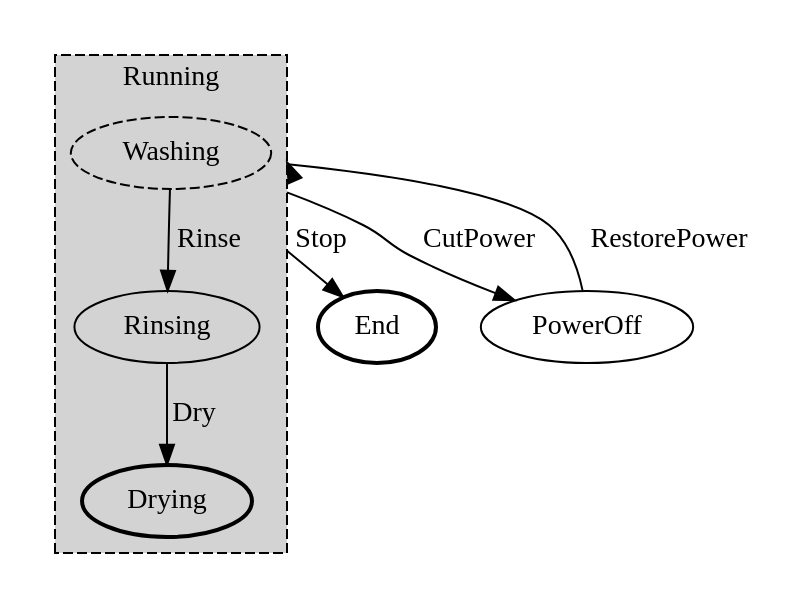
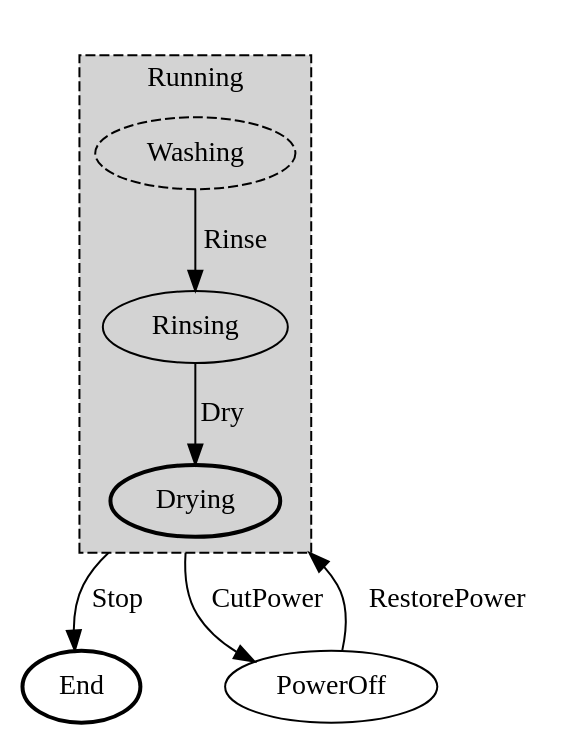
The diagram in net.tangly.fsm/src/site/pics/fsm-washer.dot (tangly-team/tangly-os), drawn with Graphviz before and after one commit. The commit also changed 3 other files, not shown here.

```diff
--- a/net.tangly.fsm/src/site/pics/fsm-washer.dot
+++ b/net.tangly.fsm/src/site/pics/fsm-washer.dot
@@ -1,21 +1,21 @@
 digraph G {
   compound=true;
 
   subgraph cluster1001 {
     style=invis;
     subgraph cluster1 {
       style="visible, dashed, filled";
       label = "Running"
       Washing [style="dashed"];
       Rinsing [];
       Drying [style="bold"];
     }
   }
   End [style="bold"];
   PowerOff [];
-  Washing -> End [ltail=cluster1, label="Stop"];
-  Washing -> PowerOff [ltail=cluster1, label="CutPower"];
+  Drying -> End [ltail=cluster1, label="Stop"];
+  Drying -> PowerOff [ltail=cluster1, label="CutPower"];
   Washing -> Rinsing [label="Rinse"];
   Rinsing -> Drying [label="Dry"];
-  PowerOff -> Washing [lhead=cluster1, label="RestorePower"];
+  PowerOff -> Drying [lhead=cluster1, label="RestorePower"];
 }
```
